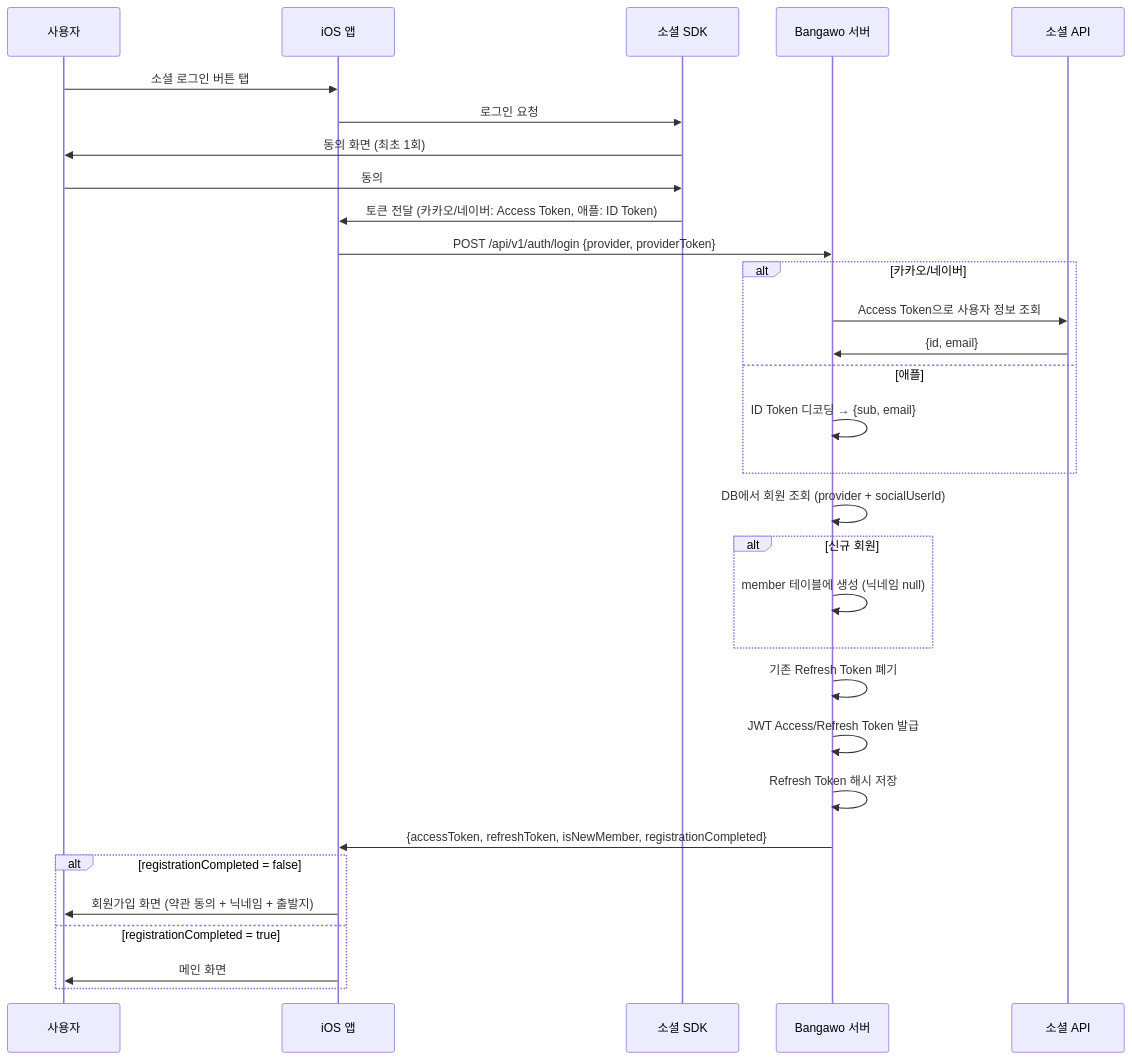
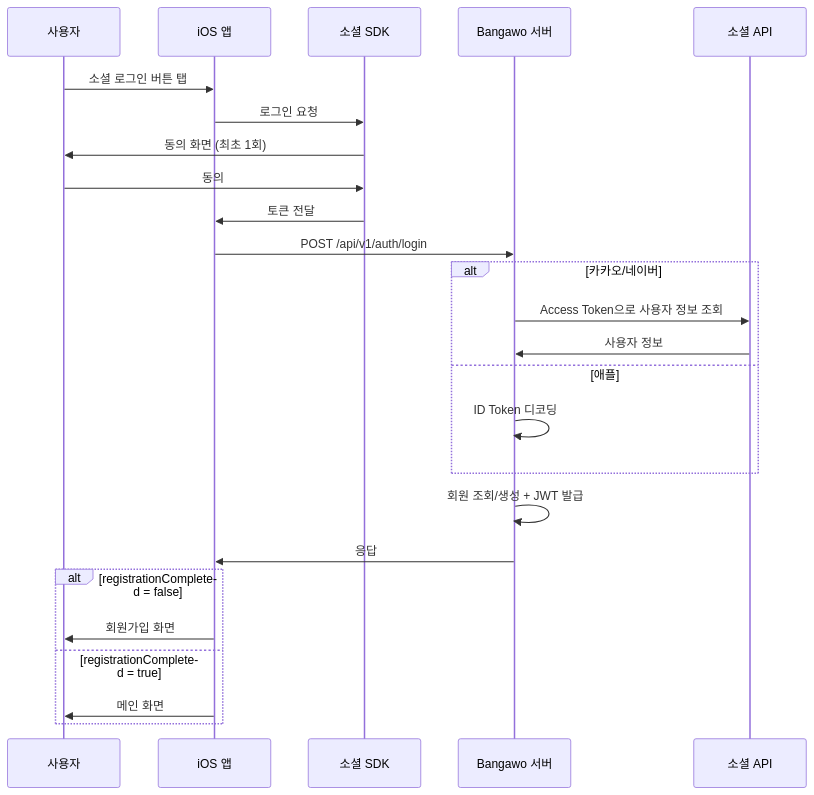
The first of 2 diagrams in docs/social-login.md (DDD-Community/DDD-13-IOS2-Server), drawn with Mermaid before and after one commit. The commit also changed other lines of this file and 1 other file, not shown here.

First line of the commit message:
docs: 소셜 로그인 + 회원가입 플로우 문서 업데이트

````diff
--- a/docs/social-login.md
+++ b/docs/social-login.md
@@ -11,41 +9,32 @@
 ```mermaid
 sequenceDiagram
     participant User as 사용자
     participant App as iOS 앱
     participant SDK as 소셜 SDK
     participant Server as Bangawo 서버
     participant Social as 소셜 API
 
     User->>App: 소셜 로그인 버튼 탭
     App->>SDK: 로그인 요청
     SDK->>User: 동의 화면 (최초 1회)
     User->>SDK: 동의
-    SDK->>App: 토큰 전달 (카카오/네이버: Access Token, 애플: ID Token)
+    SDK->>App: 토큰 전달
 
-    App->>Server: POST /api/v1/auth/login {provider, providerToken}
+    App->>Server: POST /api/v1/auth/login
 
     alt 카카오/네이버
         Server->>Social: Access Token으로 사용자 정보 조회
-        Social->>Server: {id, email}
+        Social->>Server: 사용자 정보
     else 애플
-        Server->>Server: ID Token 디코딩 → {sub, email}
+        Server->>Server: ID Token 디코딩
     end
 
-    Server->>Server: DB에서 회원 조회 (provider + socialUserId)
-
-    alt 신규 회원
-        Server->>Server: member 테이블에 생성 (닉네임 null)
-    end
-
-    Server->>Server: 기존 Refresh Token 폐기
-    Server->>Server: JWT Access/Refresh Token 발급
-    Server->>Server: Refresh Token 해시 저장
-
-    Server->>App: {accessToken, refreshToken, isNewMember, registrationCompleted}
+    Server->>Server: 회원 조회/생성 + JWT 발급
+    Server->>App: 응답
 
     alt registrationCompleted = false
-        App->>User: 회원가입 화면 (약관 동의 + 닉네임 + 출발지)
+        App->>User: 회원가입 화면
     else registrationCompleted = true
         App->>User: 메인 화면
     end
 ```
````
